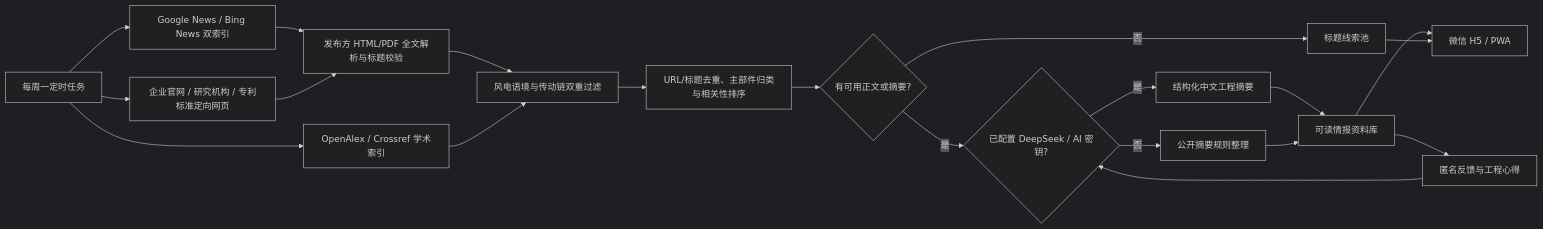
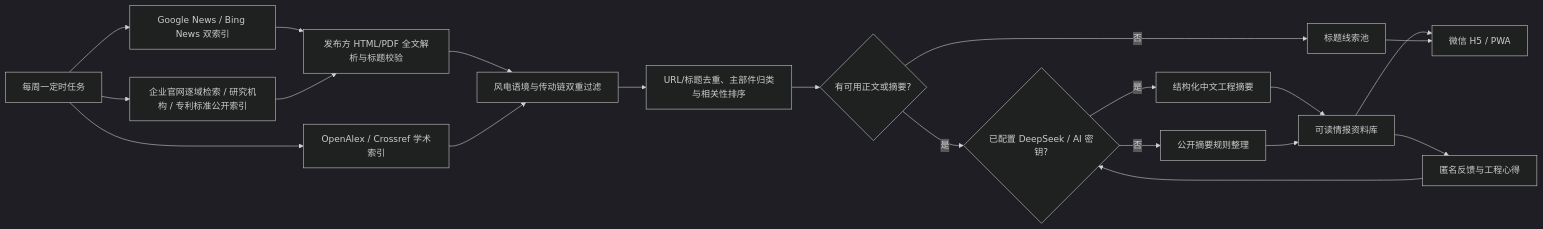
One commit to WxF5ve/wind-drivetrain-intelligence changed the diagram in README.md. Above: the diagram before and after it, drawn with Mermaid (dark theme). The commit also changed other lines of this file and 12 other files, not shown here.

````diff
--- a/README.md
+++ b/README.md
@@ -95,22 +102,22 @@
 ```mermaid
 flowchart LR
     A["每周一定时任务"] --> B["Google News / Bing News 双索引"]
     A --> C["OpenAlex / Crossref 学术索引"]
-    A --> W["企业官网 / 研究机构 / 专利标准定向网页"]
+    A --> W["企业官网逐域检索 / 研究机构 / 专利标准公开索引"]
     B --> D["发布方 HTML/PDF 全文解析与标题校验"]
     D --> E["风电语境与传动链双重过滤"]
     C --> E
     W --> D
     E --> F["URL/标题去重、主部件归类与相关性排序"]
     F --> Q{"有可用正文或摘要?"}
     Q -- "否" --> M["标题线索池"]
     Q -- "是" --> G{"已配置 DeepSeek / AI 密钥?"}
     G -- "是" --> H["结构化中文工程摘要"]
     G -- "否" --> I["公开摘要规则整理"]
     H --> J["可读情报资料库"]
     I --> J
     J --> L["匿名反馈与工程心得"]
     L --> G
     J --> K["微信 H5 / PWA"]
     M --> K
 ```
````
